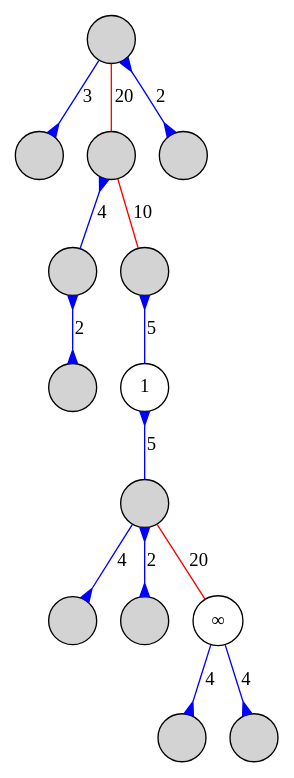
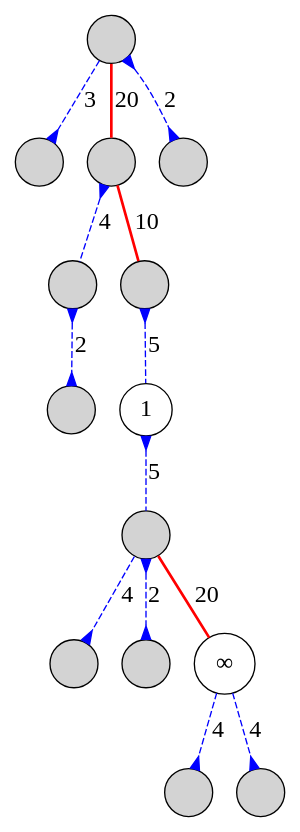
Before and after one commit to sgolodetz/waterfallpaper: the diagram in graphs/smg/marcotegui-pass2.gv, drawn with Graphviz. The commit also changed 6 other files, not shown here.

```diff
--- a/graphs/smg/marcotegui-pass2.gv
+++ b/graphs/smg/marcotegui-pass2.gv
@@ -1,22 +1,22 @@
 digraph
 {
-	node [shape=circle, style=filled, label=""];
-	edge [dir=both, arrowtail=none, arrowhead=none, color=blue];
+	node [shape=circle, style=filled, label="", fontsize=18];
+	edge [dir=both, arrowtail=none, arrowhead=none, color=blue, style=dashed, fontsize=18];
 
 	n00 -> n10 [label=3, arrowhead=inv];
-	n00 -> n11 [label=20, color=red];
+	n00 -> n11 [label=20, color=red, style=bold];
 	n00 -> n12 [label=2, arrowtail=inv, arrowhead=inv];
 	n11 -> n20 [label=4, arrowtail=inv];
-	n11 -> n21 [label=10, color=red];
+	n11 -> n21 [label=10, color=red, style=bold];
 	n20 -> n30 [label=2, arrowtail=inv, arrowhead=inv];
 	n21 -> n31 [label=5, arrowtail=inv];
 	n31 -> n40 [label=5, arrowtail=inv];
 	n40 -> n50 [label=4, arrowhead=inv];
 	n40 -> n51 [label=2, arrowtail=inv, arrowhead=inv];
-	n40 -> n52 [label=20, color=red];
+	n40 -> n52 [label=20, color=red, style=bold];
 	n52 -> n60 [label=4, arrowhead=inv];
 	n52 -> n61 [label=4, arrowhead=inv];
 
 	n31 [style=solid, label=1];
 	n52 [style=solid, label="&infin;"];
 }
```
